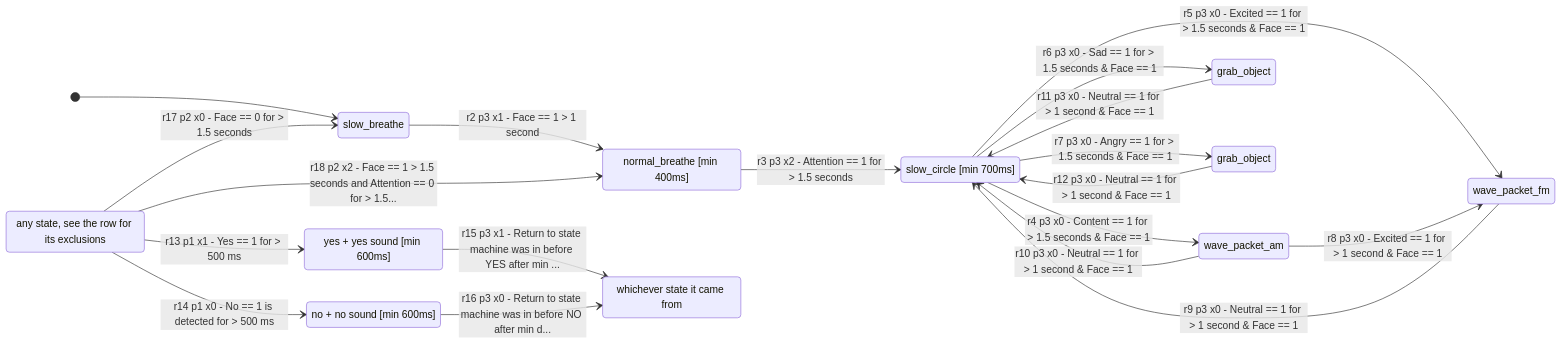
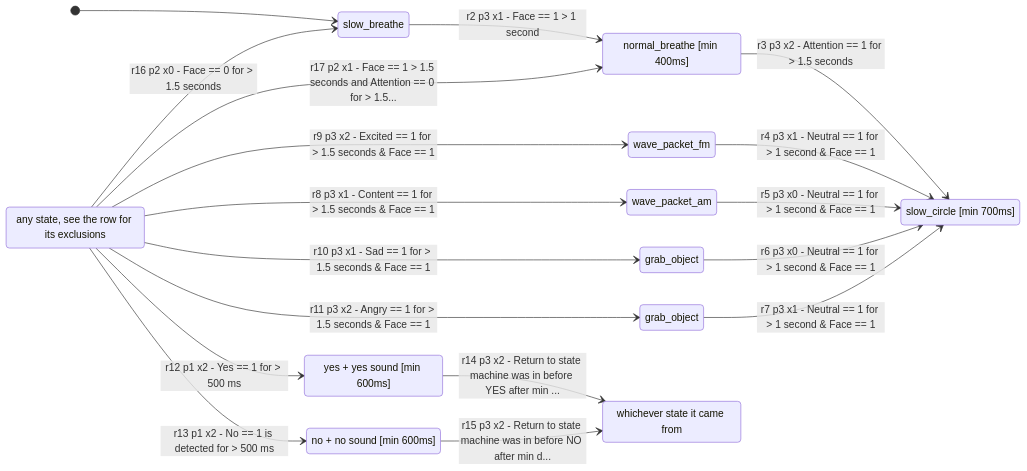
The diagram in verify/mirror_fsm.mmd (stosifian/shoggoth-mini-bringup), drawn with Mermaid before and after one commit. The commit also changed 1 other file, not shown here.

```diff
--- a/verify/mirror_fsm.mmd
+++ b/verify/mirror_fsm.mmd
@@ -1,31 +1,30 @@
 stateDiagram-v2
     direction LR
     ALONE: slow_breathe
     NOTICING: normal_breathe [min 400ms]
     NEUTRAL: slow_circle [min 700ms]
     CONTENT: wave_packet_am
     EXCITED: wave_packet_fm
     SAD: grab_object
     ANGRY: grab_object
     YES: yes + yes sound [min 600ms]
     NO: no + no sound [min 600ms]
     [*] --> ALONE
     ALONE --> NOTICING: r2 p3 x1 - Face == 1 > 1 second
     NOTICING --> NEUTRAL: r3 p3 x2 - Attention == 1 for > 1.5 seconds
-    NEUTRAL --> CONTENT: r4 p3 x0 - Content == 1 for > 1.5 seconds & Face == 1
-    NEUTRAL --> EXCITED: r5 p3 x0 - Excited == 1 for > 1.5 seconds & Face == 1
-    NEUTRAL --> SAD: r6 p3 x0 - Sad == 1 for > 1.5 seconds & Face == 1
-    NEUTRAL --> ANGRY: r7 p3 x0 - Angry == 1 for > 1.5 seconds & Face == 1
-    CONTENT --> EXCITED: r8 p3 x0 - Excited == 1 for > 1 second & Face == 1
-    EXCITED --> NEUTRAL: r9 p3 x0 - Neutral == 1 for > 1 second & Face == 1
-    CONTENT --> NEUTRAL: r10 p3 x0 - Neutral == 1 for > 1 second & Face == 1
-    SAD --> NEUTRAL: r11 p3 x0 - Neutral == 1 for > 1 second & Face == 1
-    ANGRY --> NEUTRAL: r12 p3 x0 - Neutral == 1 for > 1 second & Face == 1
-    ANY --> YES: r13 p1 x1 - Yes == 1 for > 500 ms
-    ANY --> NO: r14 p1 x0 - No == 1 is detected for > 500 ms
-    YES --> PREV: r15 p3 x1 - Return to state machine was in before YES after min ...
-    NO --> PREV: r16 p3 x0 - Return to state machine was in before NO after min d...
-    ANY --> ALONE: r17 p2 x0 - Face == 0 for > 1.5 seconds
-    ANY --> NOTICING: r18 p2 x2 - Face == 1 > 1.5 seconds and Attention == 0 for > 1.5...
+    EXCITED --> NEUTRAL: r4 p3 x1 - Neutral == 1 for > 1 second & Face == 1
+    CONTENT --> NEUTRAL: r5 p3 x0 - Neutral == 1 for > 1 second & Face == 1
+    SAD --> NEUTRAL: r6 p3 x0 - Neutral == 1 for > 1 second & Face == 1
+    ANGRY --> NEUTRAL: r7 p3 x1 - Neutral == 1 for > 1 second & Face == 1
+    ANY --> CONTENT: r8 p3 x1 - Content == 1 for > 1.5 seconds & Face == 1
+    ANY --> EXCITED: r9 p3 x2 - Excited == 1 for > 1.5 seconds & Face == 1
+    ANY --> SAD: r10 p3 x1 - Sad == 1 for > 1.5 seconds & Face == 1
+    ANY --> ANGRY: r11 p3 x2 - Angry == 1 for > 1.5 seconds & Face == 1
+    ANY --> YES: r12 p1 x2 - Yes == 1 for > 500 ms
+    ANY --> NO: r13 p1 x2 - No == 1 is detected for > 500 ms
+    YES --> PREV: r14 p3 x2 - Return to state machine was in before YES after min ...
+    NO --> PREV: r15 p3 x2 - Return to state machine was in before NO after min d...
+    ANY --> ALONE: r16 p2 x0 - Face == 0 for > 1.5 seconds
+    ANY --> NOTICING: r17 p2 x1 - Face == 1 > 1.5 seconds and Attention == 0 for > 1.5...
     ANY: any state, see the row for its exclusions
     PREV: whichever state it came from
```
